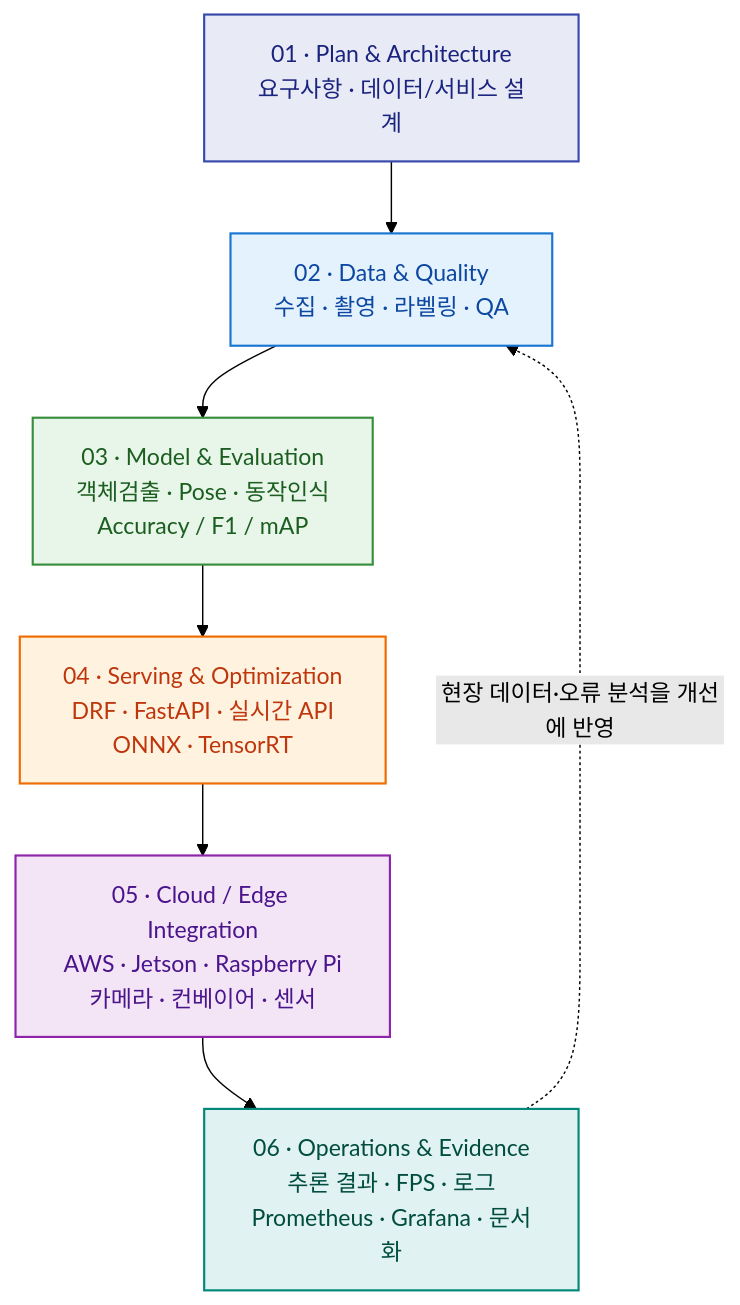
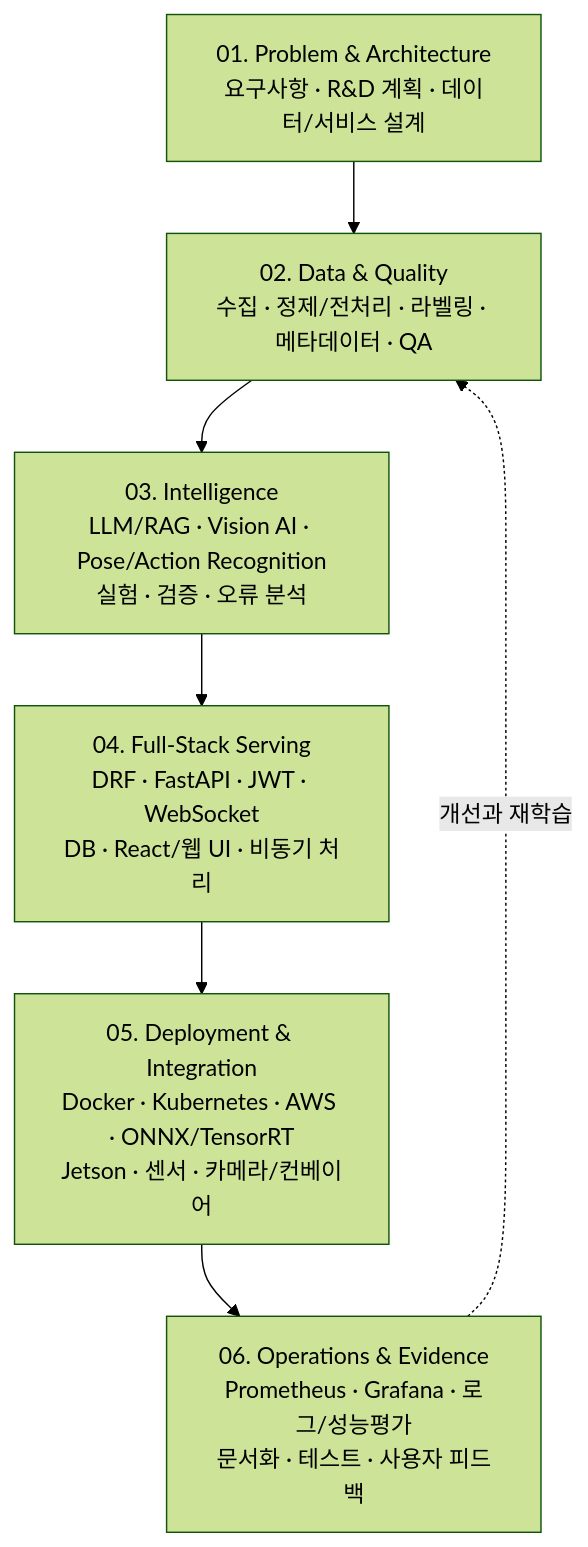
One commit to handgonpo/handgonpo changed the diagram in README.md. Above: the diagram before and after it, drawn with Mermaid (forest theme). The commit also changed other lines of this file, not shown here.

````diff
--- a/README.md
+++ b/README.md
@@ -61,25 +102,12 @@
 ```mermaid
 flowchart TB
-    A["01 · Plan & Architecture<br/>요구사항 · 데이터/서비스 설계"]
-    B["02 · Data & Quality<br/>수집 · 촬영 · 라벨링 · QA"]
-    C["03 · Model & Evaluation<br/>객체검출 · Pose · 동작인식<br/>Accuracy / F1 / mAP"]
-    D["04 · Serving & Optimization<br/>DRF · FastAPI · 실시간 API<br/>ONNX · TensorRT"]
-    E["05 · Cloud / Edge Integration<br/>AWS · Jetson · Raspberry Pi<br/>카메라 · 컨베이어 · 센서"]
-    F["06 · Operations & Evidence<br/>추론 결과 · FPS · 로그<br/>Prometheus · Grafana · 문서화"]
+    A["01. Problem & Architecture<br/>요구사항 · R&D 계획 · 데이터/서비스 설계"]
+    B["02. Data & Quality<br/>수집 · 정제/전처리 · 라벨링 · 메타데이터 · QA"]
+    C["03. Intelligence<br/>LLM/RAG · Vision AI · Pose/Action Recognition<br/>실험 · 검증 · 오류 분석"]
+    D["04. Full-Stack Serving<br/>DRF · FastAPI · JWT · WebSocket<br/>DB · React/웹 UI · 비동기 처리"]
+    E["05. Deployment & Integration<br/>Docker · Kubernetes · AWS · ONNX/TensorRT<br/>Jetson · 센서 · 카메라/컨베이어"]
+    F["06. Operations & Evidence<br/>Prometheus · Grafana · 로그/성능평가<br/>문서화 · 테스트 · 사용자 피드백"]
 
     A --> B --> C --> D --> E --> F
-    F -. "현장 데이터·오류 분석을 개선에 반영" .-> B
-
-    classDef plan fill:#E8EAF6,stroke:#3949AB,color:#1A237E,stroke-width:1.5px
-    classDef data fill:#E3F2FD,stroke:#1976D2,color:#0D47A1,stroke-width:1.5px
-    classDef model fill:#E8F5E9,stroke:#388E3C,color:#1B5E20,stroke-width:1.5px
-    classDef serving fill:#FFF3E0,stroke:#EF6C00,color:#BF360C,stroke-width:1.5px
-    classDef edge fill:#F3E5F5,stroke:#8E24AA,color:#4A148C,stroke-width:1.5px
-    classDef ops fill:#E0F2F1,stroke:#00897B,color:#004D40,stroke-width:1.5px
-    class A plan
-    class B data
-    class C model
-    class D serving
-    class E edge
-    class F ops
+    F -. 개선과 재학습 .-> B
 ```
````
